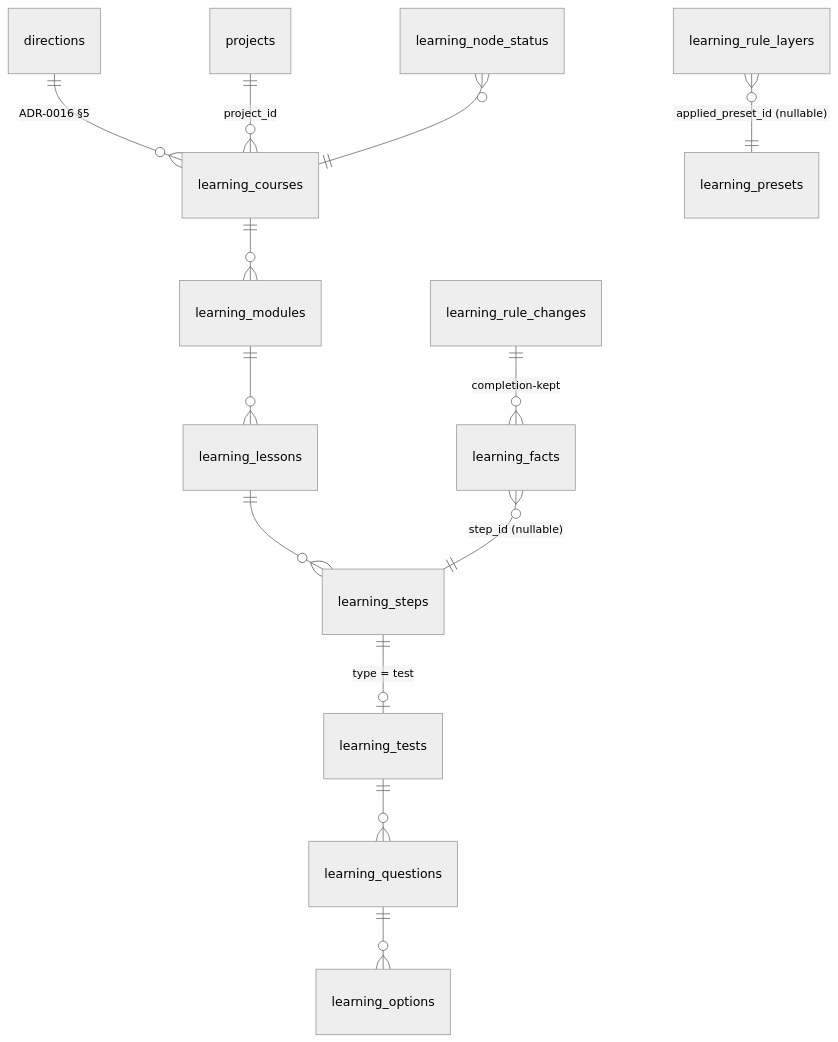
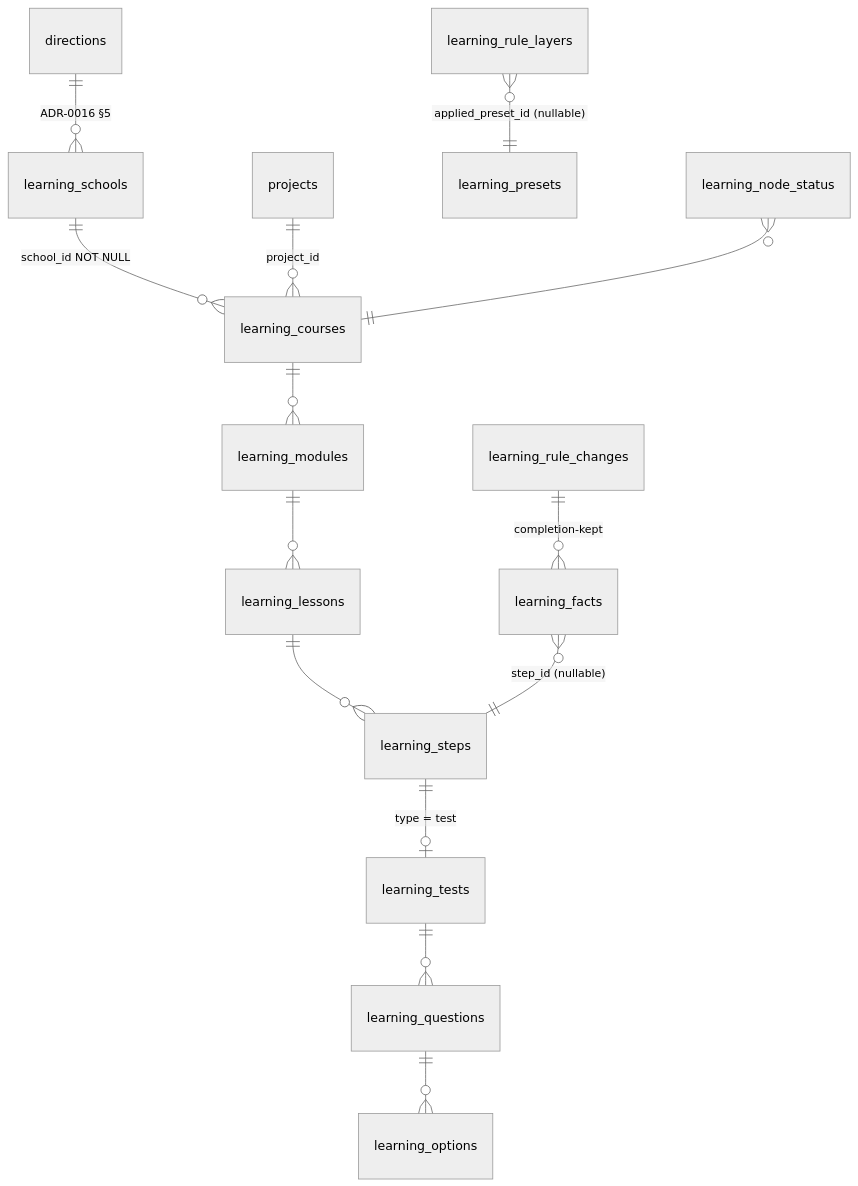
Before and after one commit to doctor-school/ds-platform: the first of 4 diagrams in apps/docs/content/specs/features/024-learning-module-path/024-design.md, drawn with Mermaid (neutral theme). The commit also changed other lines of this file and 10 other files, not shown here.

````diff
--- a/apps/docs/content/specs/features/024-learning-module-path/024-design.md
+++ b/apps/docs/content/specs/features/024-learning-module-path/024-design.md
@@ -29,15 +29,16 @@
 ```mermaid
 erDiagram
-  directions ||--o{ learning_courses : "ADR-0016 §5"
+  directions ||--o{ learning_schools : "ADR-0016 §5"
+  learning_schools ||--o{ learning_courses : "school_id NOT NULL"
   projects ||--o{ learning_courses : "project_id"
   learning_courses ||--o{ learning_modules : ""
   learning_modules ||--o{ learning_lessons : ""
   learning_lessons ||--o{ learning_steps : ""
   learning_steps ||--o| learning_tests : "type = test"
   learning_tests ||--o{ learning_questions : ""
   learning_questions ||--o{ learning_options : ""
   learning_rule_layers }o--|| learning_presets : "applied_preset_id (nullable)"
   learning_facts }o--|| learning_steps : "step_id (nullable)"
   learning_node_status }o--|| learning_courses : ""
   learning_rule_changes ||--o{ learning_facts : "completion-kept"
 ```
````
